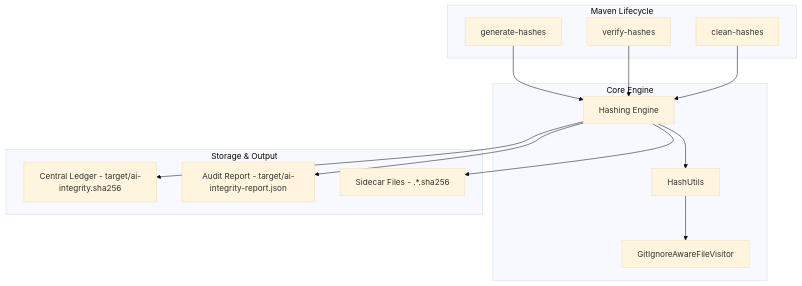
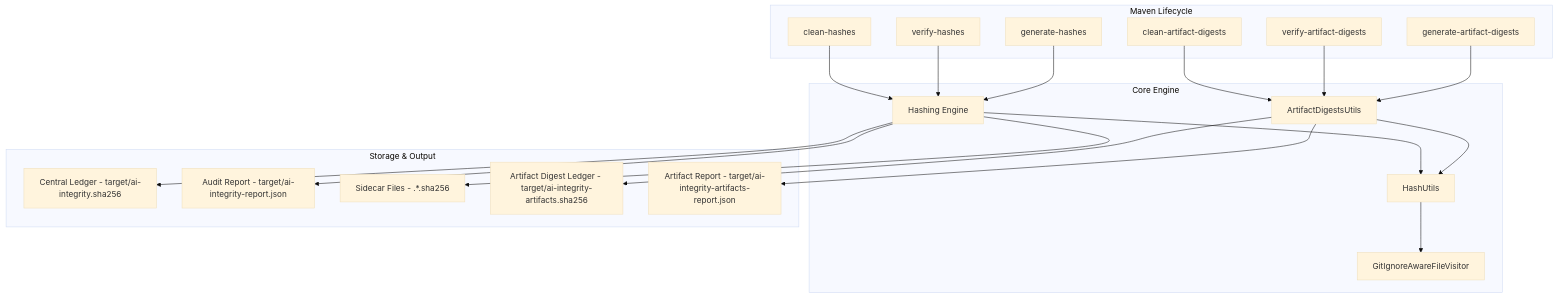
Before and after one commit to intersoftdatalabs-in/ai-build-integrity-maven-plugin: the diagram in ARCHITECTURE.md, drawn with Mermaid (base theme). The commit also changed other lines of this file and 14 other files, not shown here.

First line of the commit message:
feat: add artifact digests for JAR/WAR/ZIP supply-chain integrity

````diff
--- a/ARCHITECTURE.md
+++ b/ARCHITECTURE.md
@@ -7,29 +7,41 @@
 ```mermaid
 graph TD
     subgraph Maven Lifecycle
         M1[generate-hashes]
         M2[verify-hashes]
         M3[clean-hashes]
+        M4[generate-artifact-digests]
+        M5[verify-artifact-digests]
+        M6[clean-artifact-digests]
     end
 
     subgraph Core Engine
         HE[Hashing Engine]
         LU[HashUtils]
         GV[GitIgnoreAwareFileVisitor]
+        AD[ArtifactDigestsUtils]
     end
 
     subgraph Storage & Output
         SL[Central Ledger - target/ai-integrity.sha256]
         AR[Audit Report - target/ai-integrity-report.json]
         SC[Sidecar Files - .*.sha256]
+        ADL[Artifact Digest Ledger - target/ai-integrity-artifacts.sha256]
+        ADR[Artifact Report - target/ai-integrity-artifacts-report.json]
     end
 
     M1 --> HE
     M2 --> HE
     M3 --> HE
+    M4 --> AD
+    M5 --> AD
+    M6 --> AD
+    AD --> LU
     HE --> LU
     LU --> GV
     HE --> SL
     HE --> AR
     HE --> SC
+    AD --> ADL
+    AD --> ADR
 ```
````
